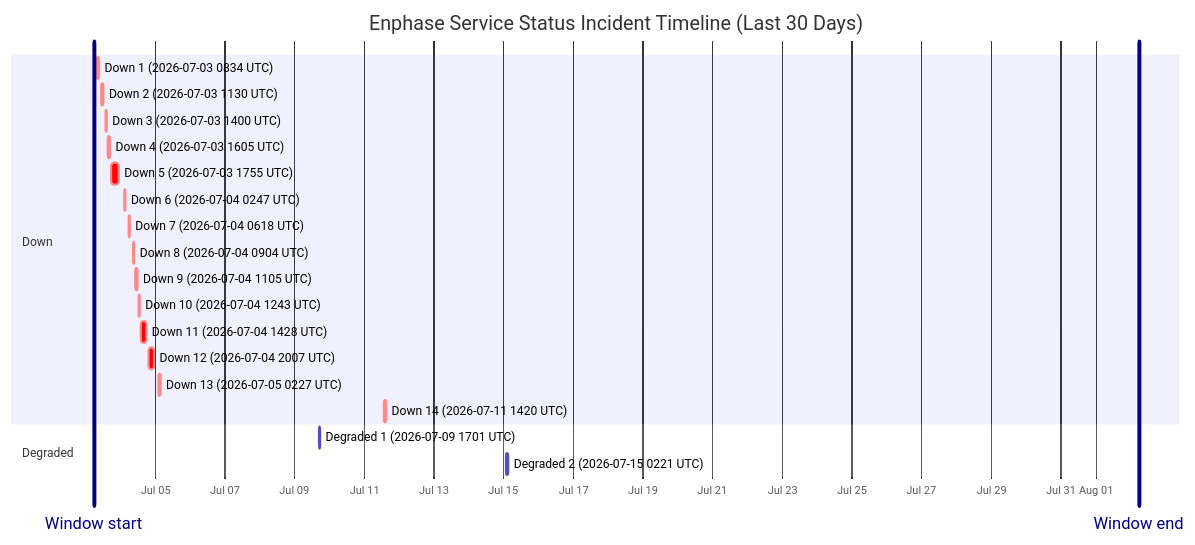
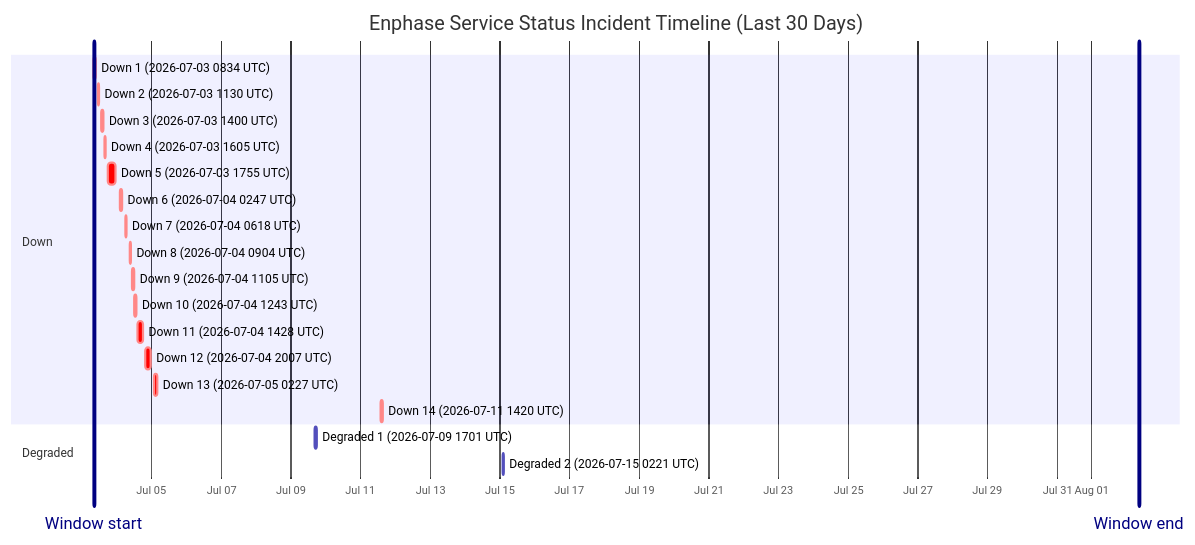
Before and after one commit to barneyonline/ha-enphase-energy: the diagram in wiki/Service-Status-History.md, drawn with Mermaid. The commit also changed other lines of this file and 3 other files, not shown here.

````diff
--- a/wiki/Service-Status-History.md
+++ b/wiki/Service-Status-History.md
@@ -14,26 +14,26 @@
 ```mermaid
 gantt
     title Enphase Service Status Incident Timeline (Last 30 Days)
     dateFormat  YYYY-MM-DDTHH:mm:ss
     axisFormat  %b %d
-    Window start :vert, window-start, 2026-07-03T05:56:06, 0ms
-    Window end :vert, window-end, 2026-08-02T05:56:06, 0ms
+    Window start :vert, window-start, 2026-07-03T08:24:48, 0ms
+    Window end :vert, window-end, 2026-08-02T08:24:48, 0ms
     section Down
     Down 1 (2026-07-03 0834 UTC) :crit, down-1, 2026-07-03T08:34:05, 60m
     Down 2 (2026-07-03 1130 UTC) :crit, down-2, 2026-07-03T11:30:41, 60m
     Down 3 (2026-07-03 1400 UTC) :crit, down-3, 2026-07-03T14:00:48, 60m
     Down 4 (2026-07-03 1605 UTC) :crit, down-4, 2026-07-03T16:05:49, 60m
     Down 5 (2026-07-03 1755 UTC) :crit, down-5, 2026-07-03T17:55:54, 338m
     Down 6 (2026-07-04 0247 UTC) :crit, down-6, 2026-07-04T02:47:22, 60m
     Down 7 (2026-07-04 0618 UTC) :crit, down-7, 2026-07-04T06:18:09, 60m
     Down 8 (2026-07-04 0904 UTC) :crit, down-8, 2026-07-04T09:04:41, 60m
     Down 9 (2026-07-04 1105 UTC) :crit, down-9, 2026-07-04T11:05:21, 60m
     Down 10 (2026-07-04 1243 UTC) :crit, down-10, 2026-07-04T12:43:25, 60m
     Down 11 (2026-07-04 1428 UTC) :crit, down-11, 2026-07-04T14:28:07, 243m
     Down 12 (2026-07-04 2007 UTC) :crit, down-12, 2026-07-04T20:07:50, 206m
     Down 13 (2026-07-05 0227 UTC) :crit, down-13, 2026-07-05T02:27:32, 109m
     Down 14 (2026-07-11 1420 UTC) :crit, down-14, 2026-07-11T14:20:54, 69m
     section Degraded
     Degraded 1 (2026-07-09 1701 UTC) :active, degraded-1, 2026-07-09T17:01:02, 60m
     Degraded 2 (2026-07-15 0221 UTC) :active, degraded-2, 2026-07-15T02:21:35, 60m
 ```
````
